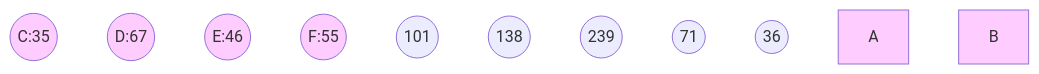
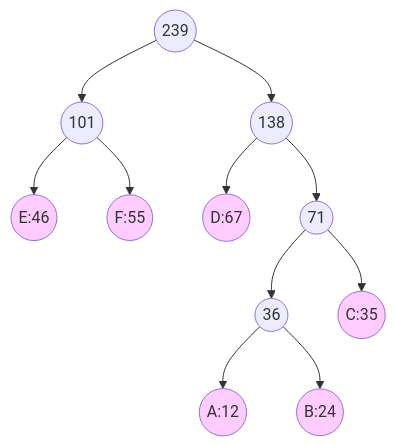
Before and after one commit to dmjcb/dmjcb.github.io: the sixth of 7 diagrams in _posts/DataStructures/Tree/BinaryTree/2020-01-16-哈夫曼树.md, drawn with Mermaid. The commit also changed other lines of this file and 122 other files, not shown here.

Commit message:
修复图形显示BUG

````diff
--- a/_posts/DataStructures/Tree/BinaryTree/2020-01-16-哈夫曼树.md
+++ b/_posts/DataStructures/Tree/BinaryTree/2020-01-16-哈夫曼树.md
@@ -140,25 +160,35 @@
 ```mermaid
 graph TB
     C((C:35))
     D((D:67))
     E((E:46))
     F((F:55))
 
     Z((101))
+    Z --> E
+    Z --> F
 
     W((138))
+    W --> D
+    W --> Y
 
     V((239))
+    V --> Z
+    V --> W
 
     Y((71))
     X((36)) 
 
+    Y --> X
+    Y --> C((C:35))
+    X --> A((A:12))
+    X --> B((B:24))
 
     A:::Style
     B:::Style
     C:::Style
     D:::Style
     E:::Style
     F:::Style
     classDef Style fill:#FFCCFF
 ```
````
